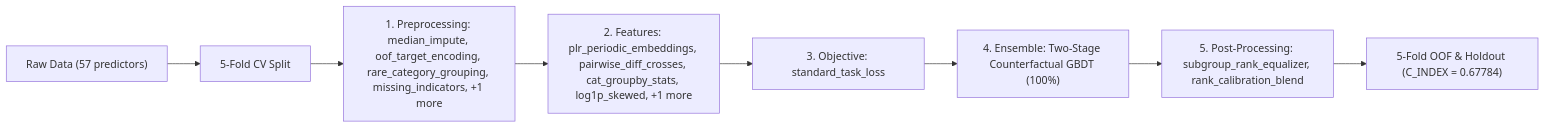
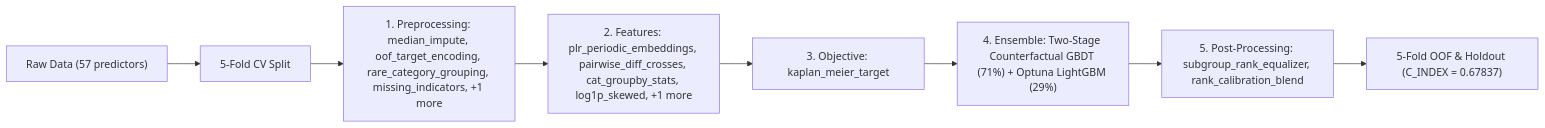
One commit to stefanoclss/CIBMTR-Equity-in-Post-HCT-Survival-Predictions changed the diagram in README.md. Above: the diagram before and after it, drawn with Mermaid. The commit also changed other lines of this file, not shown here.

First line of the commit message:
docs(readme): refresh verified OOF benchmark & build ledger (C_INDEX=0.67837)

````diff
--- a/README.md
+++ b/README.md
@@ -141,10 +142,10 @@
 ```mermaid
 flowchart LR
     DATA["Raw Data (57 predictors)"] --> SPLIT["5-Fold CV Split"]
     SPLIT --> PRE["1. Preprocessing: median_impute, oof_target_encoding, rare_category_grouping, missing_indicators, +1 more"]
     PRE --> FEAT["2. Features: plr_periodic_embeddings, pairwise_diff_crosses, cat_groupby_stats, log1p_skewed, +1 more"]
-    FEAT --> OBJ["3. Objective: standard_task_loss"]
-    OBJ --> M0["4. Ensemble: Two-Stage Counterfactual GBDT (100%)"]
+    FEAT --> OBJ["3. Objective: kaplan_meier_target"]
+    OBJ --> M0["4. Ensemble: Two-Stage Counterfactual GBDT (71%) + Optuna LightGBM (29%)"]
     M0 --> POST["5. Post-Processing: subgroup_rank_equalizer, rank_calibration_blend"]
-    POST --> OUT["5-Fold OOF & Holdout (C_INDEX = 0.67784)"]
+    POST --> OUT["5-Fold OOF & Holdout (C_INDEX = 0.67837)"]
 ```
````
